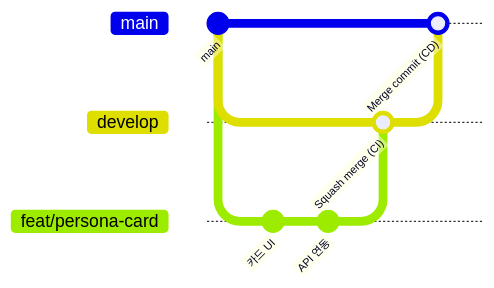
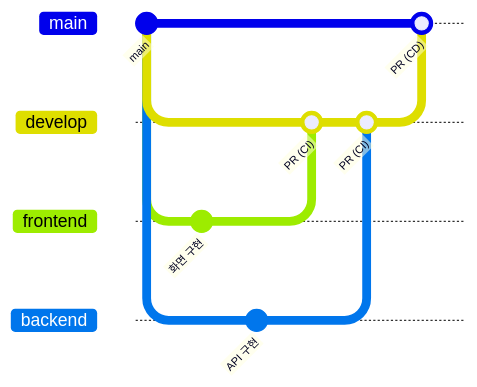
Before and after one commit to gokimkh123/SW_Design_Development: the diagram in docs/CONTRIBUTING.md, drawn with Mermaid. The commit also changed other lines of this file and 5 other files, not shown here.

First line of the commit message:
docs: 브랜치 흐름을 frontend · backend → develop → main으로 변경 (#41)

````diff
--- a/docs/CONTRIBUTING.md
+++ b/docs/CONTRIBUTING.md
@@ -17,14 +17,18 @@
 ```mermaid
 gitGraph
     commit id: "main"
     branch develop
     checkout develop
-    branch feat/persona-card
-    checkout feat/persona-card
-    commit id: "카드 UI"
-    commit id: "API 연동"
+    branch frontend
+    checkout frontend
+    commit id: "화면 구현"
     checkout develop
-    merge feat/persona-card id: "Squash merge (CI)"
+    branch backend
+    checkout backend
+    commit id: "API 구현"
+    checkout develop
+    merge frontend id: "PR (CI)"
+    merge backend id: "PR (CI) "
     checkout main
-    merge develop id: "Merge commit (CD)"
+    merge develop id: "PR (CD)"
 ```
````
